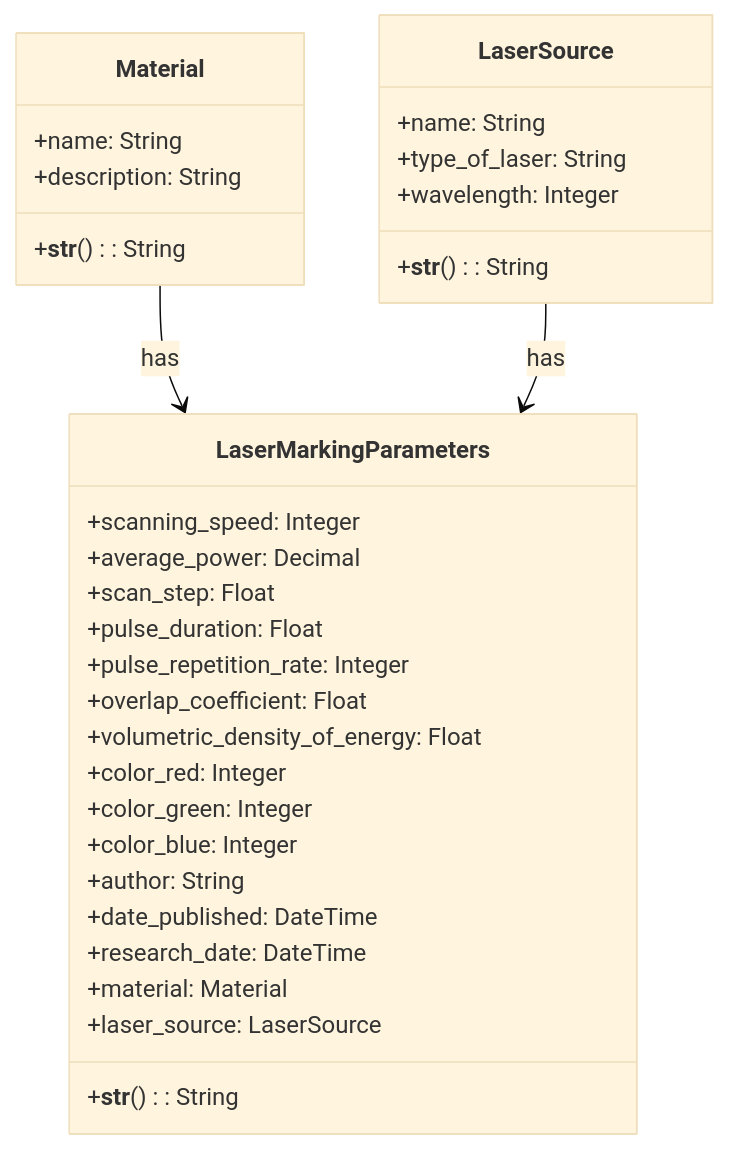
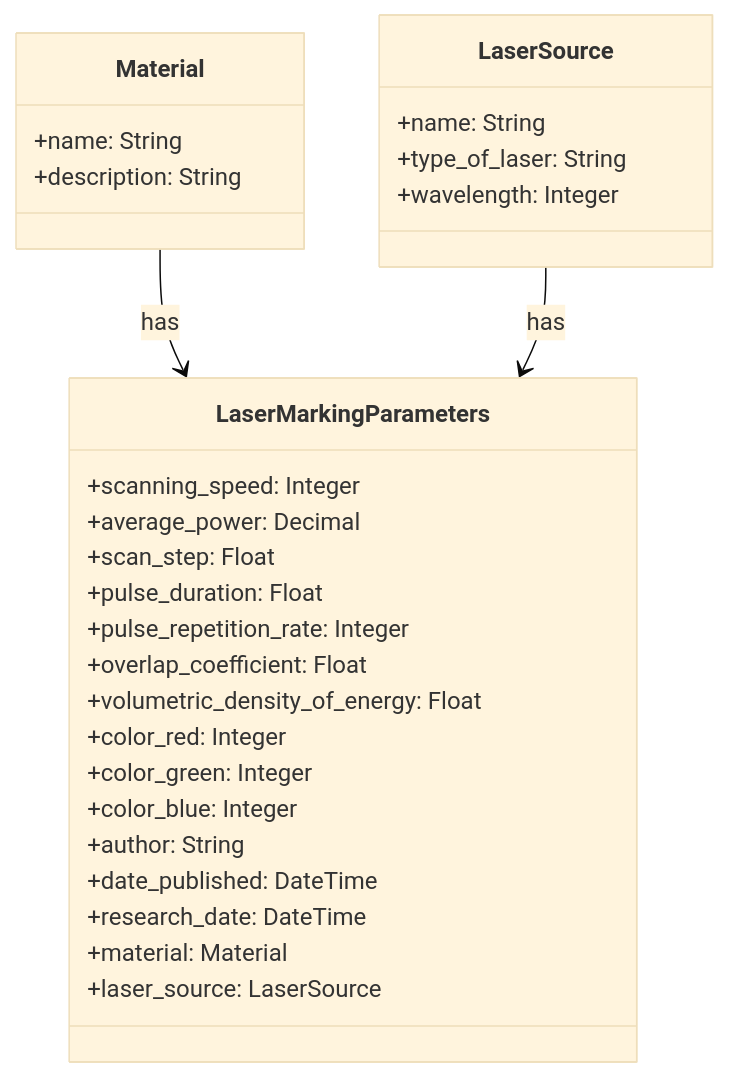
One commit to D-on3/laser_db changed the diagram in README.md. Above: the diagram before and after it, drawn with Mermaid (base theme). The commit also changed 95 other files, not shown here.

````diff
--- a/README.md
+++ b/README.md
@@ -96,37 +96,37 @@
 ``` mermaid
 classDiagram
     class Material {
         +name: String
         +description: String
-        +__str__(): String
+
     }
 
     class LaserSource {
         +name: String
         +type_of_laser: String
         +wavelength: Integer
-        +__str__(): String
+
     }
 
     class LaserMarkingParameters {
         +scanning_speed: Integer
         +average_power: Decimal
         +scan_step: Float
         +pulse_duration: Float
         +pulse_repetition_rate: Integer
         +overlap_coefficient: Float
         +volumetric_density_of_energy: Float
         +color_red: Integer
         +color_green: Integer
         +color_blue: Integer
         +author: String
         +date_published: DateTime
         +research_date: DateTime
-        +__str__(): String
+
         +material: Material
         +laser_source: LaserSource
     }
 
     Material --> LaserMarkingParameters : has
     LaserSource --> LaserMarkingParameters : has
 ```
````
